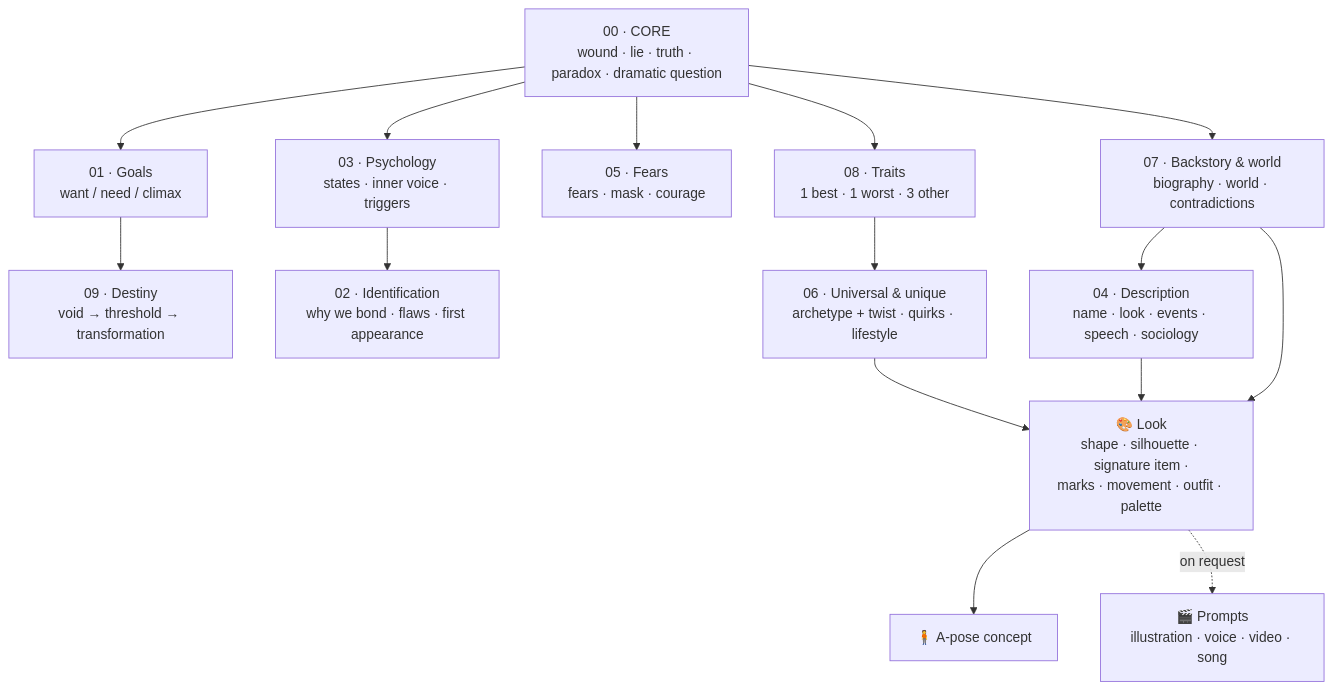
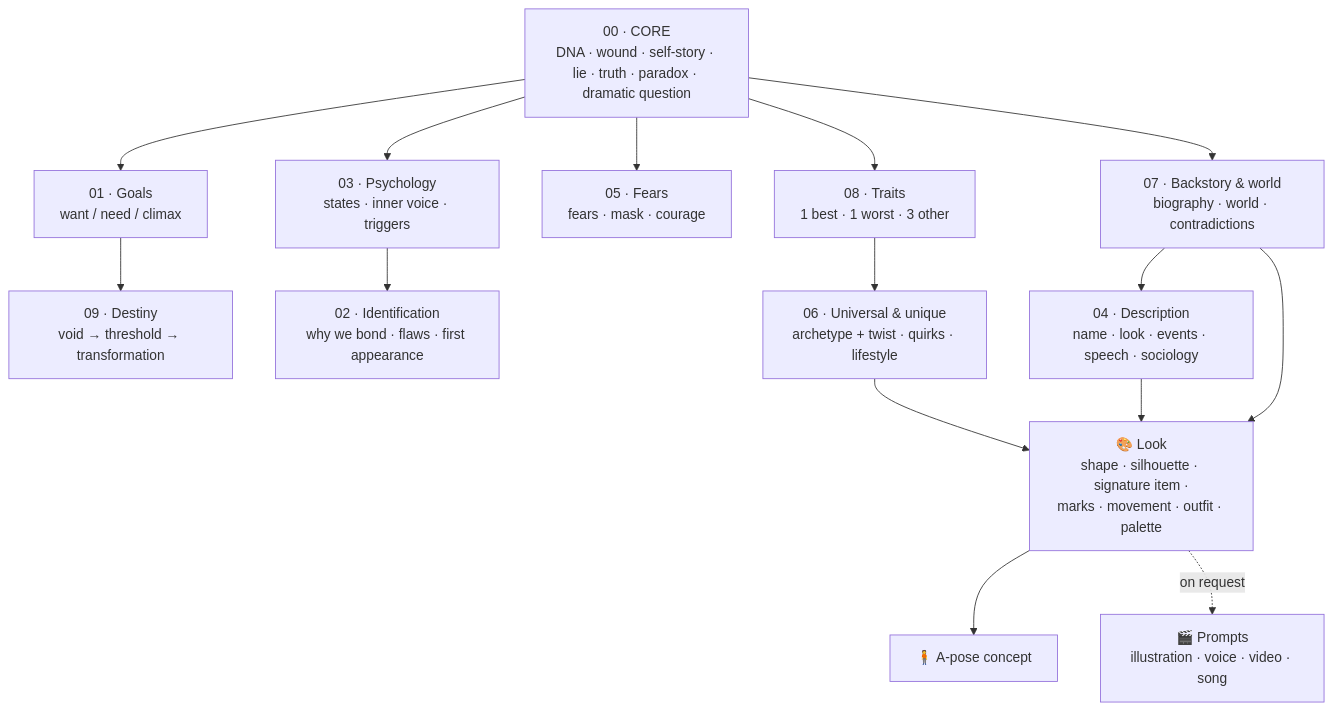
Before and after one commit to gdhub-io/character-forge-mcp: the eighth of 10 diagrams in docs/character-anatomy.md, drawn with Mermaid. The commit also changed other lines of this file and 36 other files, not shown here.

First line of the commit message:
feat: a DNA layer in the card core, so characters have a personality, not only a wound (#38)

````diff
--- a/docs/character-anatomy.md
+++ b/docs/character-anatomy.md
@@ -214,18 +215,18 @@
 ```mermaid
 flowchart TB
-    CORE["00 · CORE<br/>wound · lie · truth · paradox · dramatic question"]
+    CORE["00 · CORE<br/>DNA · wound · self-story · lie · truth · paradox · dramatic question"]
     CORE --> G["01 · Goals<br/>want / need / climax"]
     CORE --> P["03 · Psychology<br/>states · inner voice · triggers"]
     CORE --> FE["05 · Fears<br/>fears · mask · courage"]
     CORE --> TRT["08 · Traits<br/>1 best · 1 worst · 3 other"]
     CORE --> BK["07 · Backstory & world<br/>biography · world · contradictions"]
     BK --> DSC["04 · Description<br/>name · look · events · speech · sociology"]
     TRT --> U["06 · Universal & unique<br/>archetype + twist · quirks · lifestyle"]
     P --> ID["02 · Identification<br/>why we bond · flaws · first appearance"]
     G --> DST["09 · Destiny<br/>void → threshold → transformation"]
     DSC --> VIS["🎨 Look<br/>shape · silhouette · signature item ·<br/>marks · movement · outfit · palette"]
     U --> VIS
     BK --> VIS
     VIS --> TP["🧍 A-pose concept"]
     VIS -.->|"on request"| MP["🎬 Prompts<br/>illustration · voice · video · song"]
 ```
````
